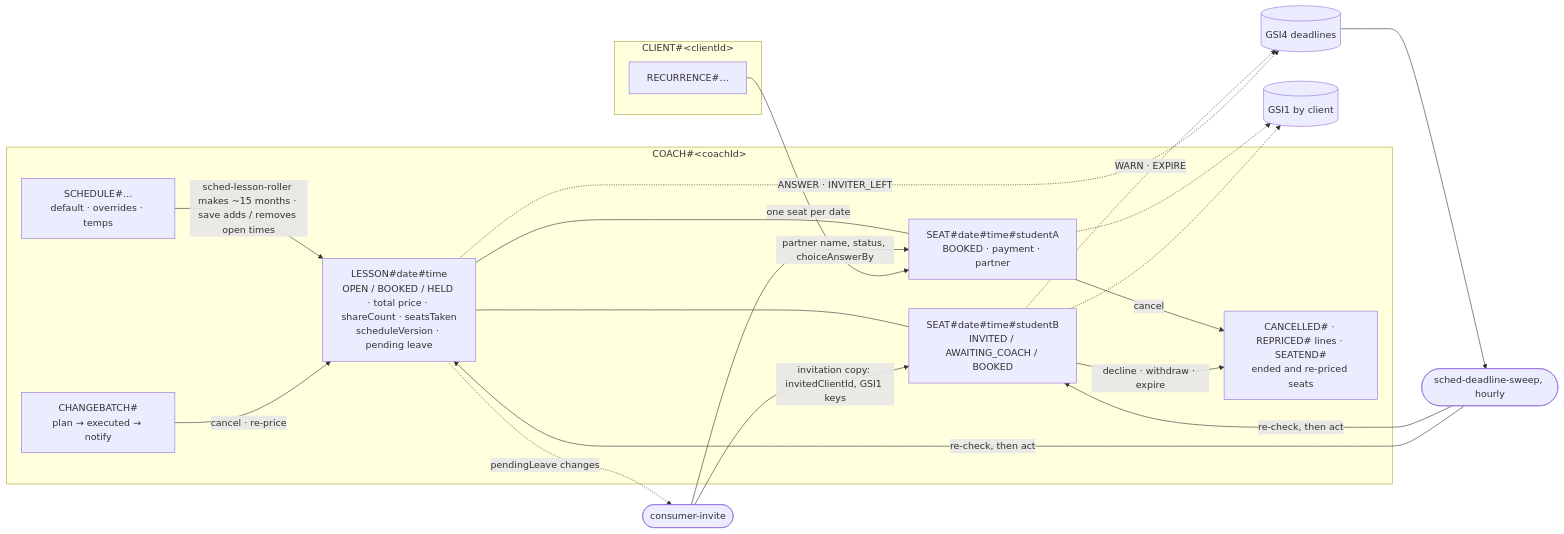
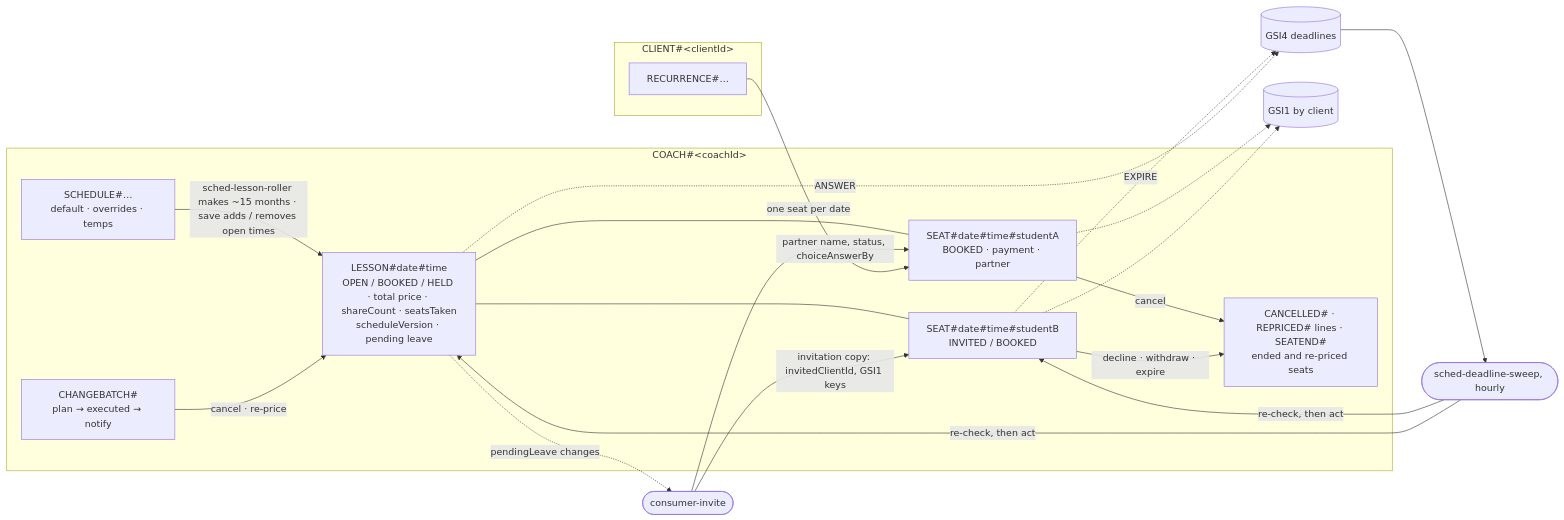
Before and after one commit to jessicamvega6/bladebook: the first of 2 diagrams in docs/adr/ADR-031-lessons-and-seats.md, drawn with Mermaid. The commit also changed other lines of this file and 32 other files, not shown here.

First line of the commit message:
Bring docs and diagrams in line with ADR-033 and today's decisions

````diff
--- a/docs/adr/ADR-031-lessons-and-seats.md
+++ b/docs/adr/ADR-031-lessons-and-seats.md
@@ -475,35 +478,35 @@
 ```mermaid
 flowchart LR
   subgraph coach["COACH#&lt;coachId&gt;"]
     sched["SCHEDULE#…<br/>default · overrides · temps"]
     lesson["LESSON#date#time<br/>OPEN / BOOKED / HELD · total price · shareCount · seatsTaken<br/>scheduleVersion · pending leave"]
     seatA["SEAT#date#time#studentA<br/>BOOKED · payment · partner"]
-    seatB["SEAT#date#time#studentB<br/>INVITED / AWAITING_COACH / BOOKED"]
+    seatB["SEAT#date#time#studentB<br/>INVITED / BOOKED"]
     ended["CANCELLED# · REPRICED# lines · SEATEND#<br/>ended and re-priced seats"]
     batch["CHANGEBATCH#<br/>plan → executed → notify"]
     sched -->|"sched-lesson-roller makes ~15 months · save adds / removes open times"| lesson
     lesson --- seatA
     lesson --- seatB
     seatA -->|"cancel"| ended
     seatB -->|"decline · withdraw · expire"| ended
     batch -->|"cancel · re-price"| lesson
   end
   subgraph fam["CLIENT#&lt;clientId&gt;"]
     rec["RECURRENCE#…"]
   end
   gsi1[("GSI1 by client")]
   gsi4[("GSI4 deadlines")]
   sweep(["sched-deadline-sweep, hourly"])
   seatA -.-> gsi1
   seatB -.-> gsi1
-  seatB -.->|"WARN · EXPIRE"| gsi4
-  lesson -.->|"ANSWER · INVITER_LEFT"| gsi4
+  seatB -.->|"EXPIRE"| gsi4
+  lesson -.->|"ANSWER"| gsi4
   gsi4 --> sweep
   sweep -->|"re-check, then act"| seatB
   sweep -->|"re-check, then act"| lesson
   inv(["consumer-invite"])
   lesson -.->|"pendingLeave changes"| inv
   inv -->|"partner name, status, choiceAnswerBy"| seatA
   inv -->|"invitation copy: invitedClientId, GSI1 keys"| seatB
   rec -->|"one seat per date"| seatA
 ```
````
